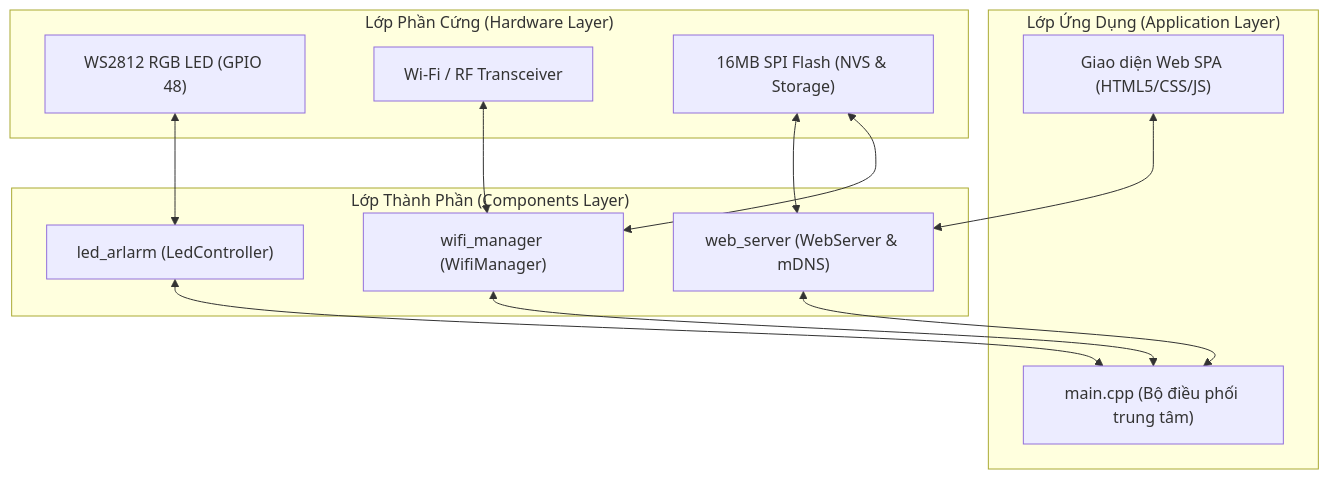
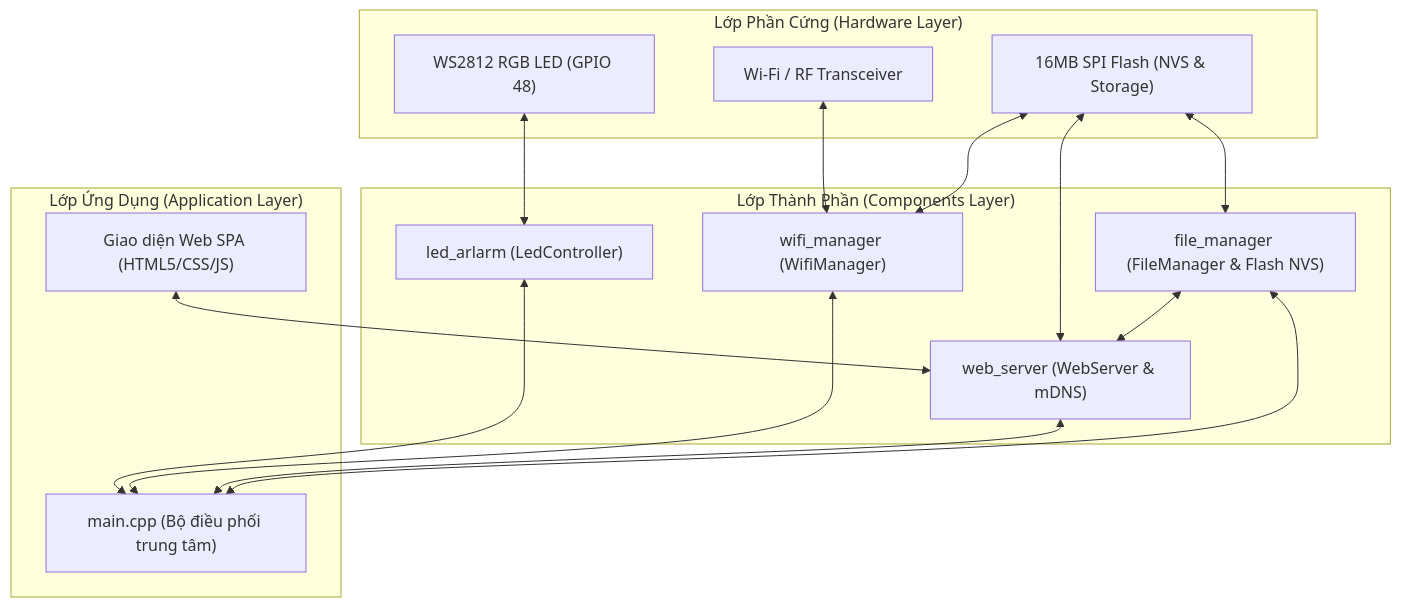
Before and after one commit to Aimonda12331/esp32-s3-air-printer: the diagram in PROJECT_DOCUMENTATION.md, drawn with Mermaid. The commit also changed other lines of this file and 13 other files, not shown here.

````diff
--- a/PROJECT_DOCUMENTATION.md
+++ b/PROJECT_DOCUMENTATION.md
@@ -35,29 +35,33 @@
 ```mermaid
 graph TD
     subgraph Hardware ["Lớp Phần Cứng (Hardware Layer)"]
         LED["WS2812 RGB LED (GPIO 48)"]
         RF["Wi-Fi / RF Transceiver"]
         FLASH["16MB SPI Flash (NVS & Storage)"]
     end
 
     subgraph CoreComponents ["Lớp Thành Phần (Components Layer)"]
         LedComp["led_arlarm (LedController)"]
         WifiComp["wifi_manager (WifiManager)"]
         WebComp["web_server (WebServer & mDNS)"]
+        FileComp["file_manager (FileManager & Flash NVS)"]
     end
 
     subgraph Application ["Lớp Ứng Dụng (Application Layer)"]
         MainApp["main.cpp (Bộ điều phối trung tâm)"]
         SPA["Giao diện Web SPA (HTML5/CSS/JS)"]
     end
 
     LED <--> LedComp
     RF <--> WifiComp
     FLASH <--> WifiComp
     FLASH <--> WebComp
+    FLASH <--> FileComp
 
     LedComp <--> MainApp
     WifiComp <--> MainApp
     WebComp <--> MainApp
+    FileComp <--> WebComp
+    FileComp <--> MainApp
     SPA <--> WebComp
 ```
````
